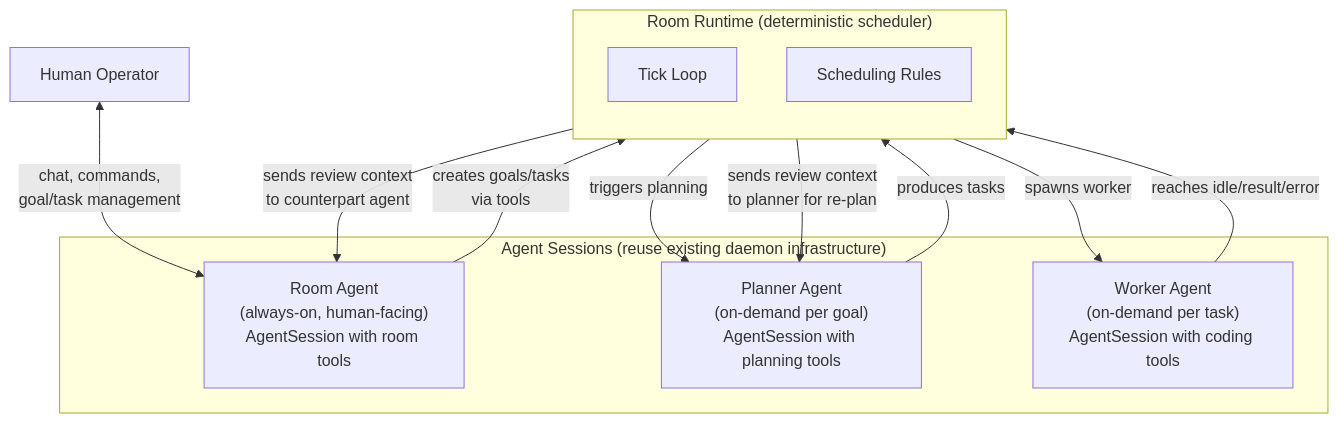
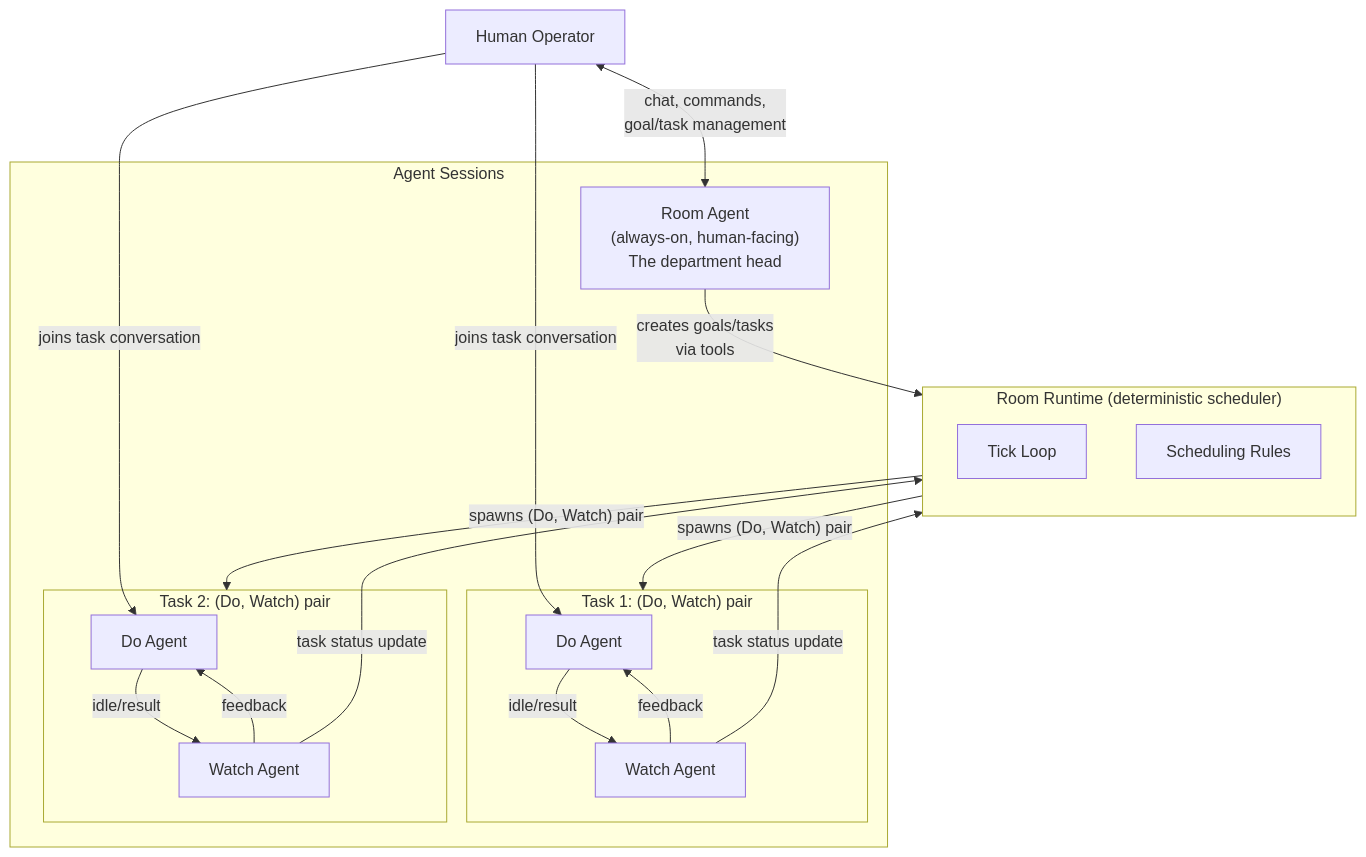
The fourth of 7 diagrams in docs/design/room-runtime-spec.md (lsm/neokai), drawn with Mermaid before and after one commit. The commit also changed other lines of this file, not shown here.

First line of the commit message:
docs: update room runtime spec to v0.3 — Do/Watch agent model

````diff
--- a/docs/design/room-runtime-spec.md
+++ b/docs/design/room-runtime-spec.md
@@ -58,25 +117,37 @@
 ```mermaid
 graph TB
     subgraph Room["Room Runtime (deterministic scheduler)"]
         direction TB
         Tick[Tick Loop]
         Rules[Scheduling Rules]
     end
 
-    subgraph Agents["Agent Sessions (reuse existing daemon infrastructure)"]
-        RoomAgent["Room Agent<br/>(always-on, human-facing)<br/>AgentSession with room tools"]
-        Planner["Planner Agent<br/>(on-demand per goal)<br/>AgentSession with planning tools"]
-        Worker["Worker Agent<br/>(on-demand per task)<br/>AgentSession with coding tools"]
+    subgraph Agents["Agent Sessions"]
+        RoomAgent["Room Agent<br/>(always-on, human-facing)<br/>The department head"]
+
+        subgraph Task1["Task 1: (Do, Watch) pair"]
+            Do1["Do Agent"]
+            Watch1["Watch Agent"]
+        end
+
+        subgraph Task2["Task 2: (Do, Watch) pair"]
+            Do2["Do Agent"]
+            Watch2["Watch Agent"]
+        end
     end
 
     Human["Human Operator"]
 
-    Human <-->|chat, commands,<br/>goal/task management| RoomAgent
-    RoomAgent -->|creates goals/tasks<br/>via tools| Room
-    Room -->|triggers planning| Planner
-    Room -->|spawns worker| Worker
-    Planner -->|produces tasks| Room
-    Worker -->|reaches idle/result/error| Room
-    Room -->|sends review context<br/>to counterpart agent| RoomAgent
-    Room -->|sends review context<br/>to planner for re-plan| Planner
+    Human <-->|"chat, commands,<br/>goal/task management"| RoomAgent
+    RoomAgent -->|"creates goals/tasks<br/>via tools"| Room
+    Room -->|"spawns (Do, Watch) pair"| Task1
+    Room -->|"spawns (Do, Watch) pair"| Task2
+    Do1 -->|idle/result| Watch1
+    Watch1 -->|feedback| Do1
+    Watch1 -->|"task status update"| Room
+    Do2 -->|idle/result| Watch2
+    Watch2 -->|feedback| Do2
+    Watch2 -->|"task status update"| Room
+    Human -->|"joins task conversation"| Do1
+    Human -->|"joins task conversation"| Do2
 ```
````
